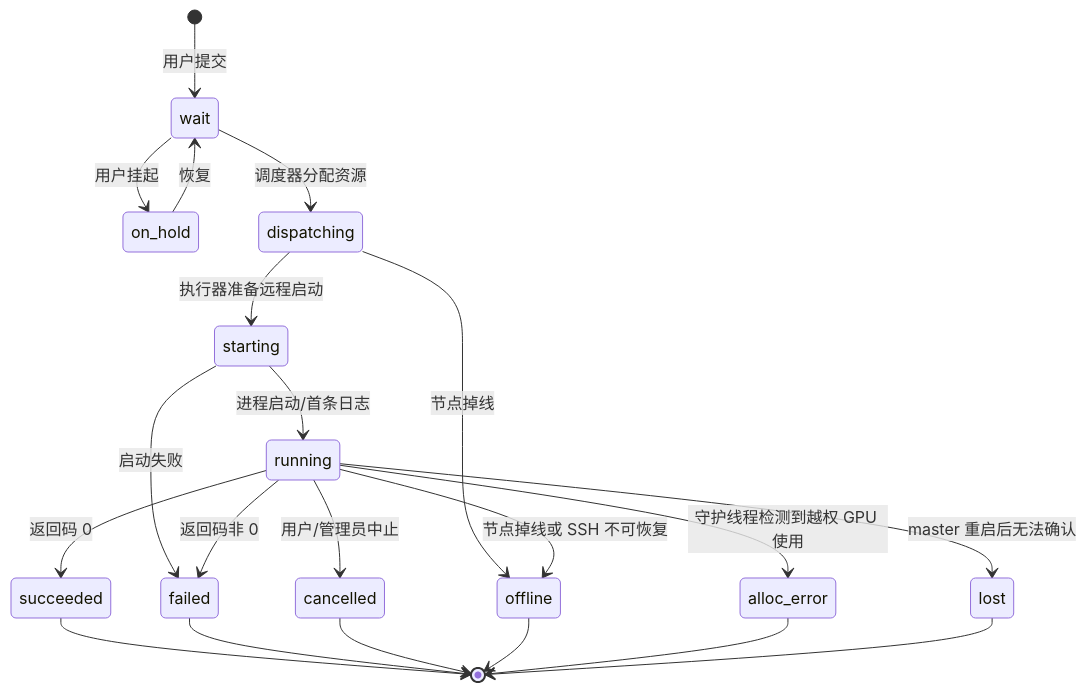
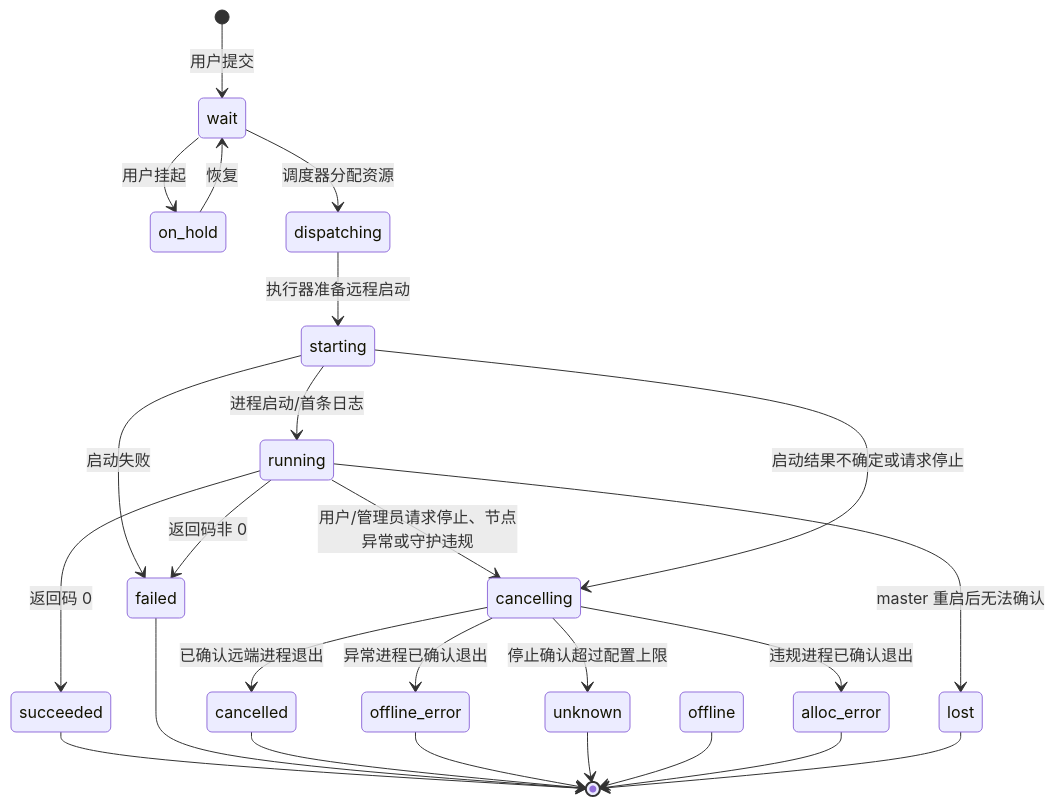
Before and after one commit to ZnsNgk/NebulaGrid: the third of 5 diagrams in docs/NebulaGrid_Tianshu_3.0_System Architecture Design.md, drawn with Mermaid. The commit also changed other lines of this file and 17 other files, not shown here.

````diff
--- a/docs/NebulaGrid_Tianshu_3.0_System Architecture Design.md
+++ b/docs/NebulaGrid_Tianshu_3.0_System Architecture Design.md
@@ -789,23 +789,27 @@
 ```mermaid
 stateDiagram-v2
     [*] --> wait: 用户提交
     wait --> on_hold: 用户挂起
     on_hold --> wait: 恢复
     wait --> dispatching: 调度器分配资源
     dispatching --> starting: 执行器准备远程启动
     starting --> running: 进程启动/首条日志
     starting --> failed: 启动失败
-    dispatching --> offline: 节点掉线
     running --> succeeded: 返回码 0
     running --> failed: 返回码非 0
-    running --> cancelled: 用户/管理员中止
-    running --> offline: 节点掉线或 SSH 不可恢复
-    running --> alloc_error: 守护线程检测到越权 GPU 使用
+    running --> cancelling: 用户/管理员请求停止、节点异常或守护违规
+    starting --> cancelling: 启动结果不确定或请求停止
+    cancelling --> cancelled: 已确认远端进程退出
+    cancelling --> alloc_error: 违规进程已确认退出
+    cancelling --> offline_error: 异常进程已确认退出
+    cancelling --> unknown: 停止确认超过配置上限
     running --> lost: master 重启后无法确认
     succeeded --> [*]
     failed --> [*]
     cancelled --> [*]
+    offline_error --> [*]
+    unknown --> [*]
     offline --> [*]
     alloc_error --> [*]
     lost --> [*]
 ```
````
